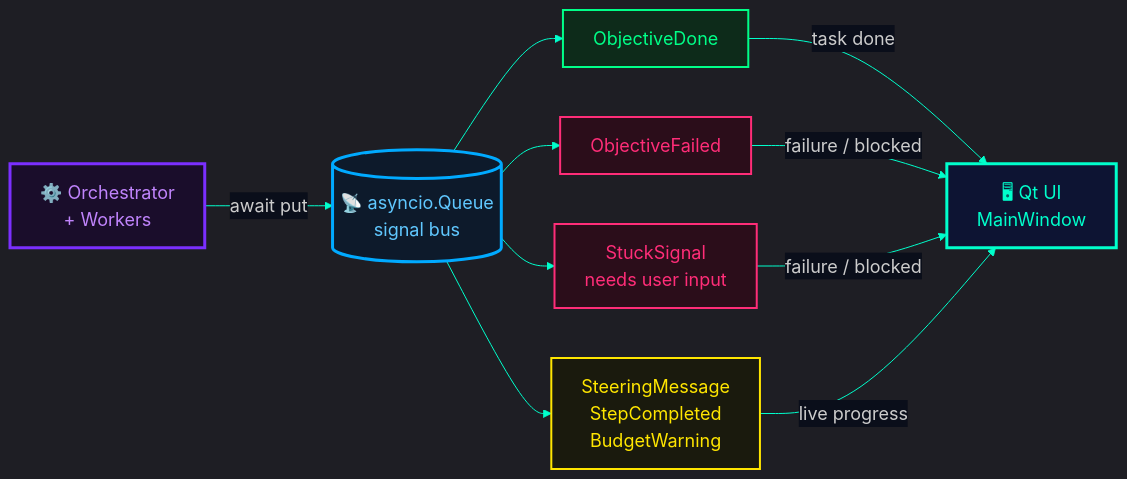
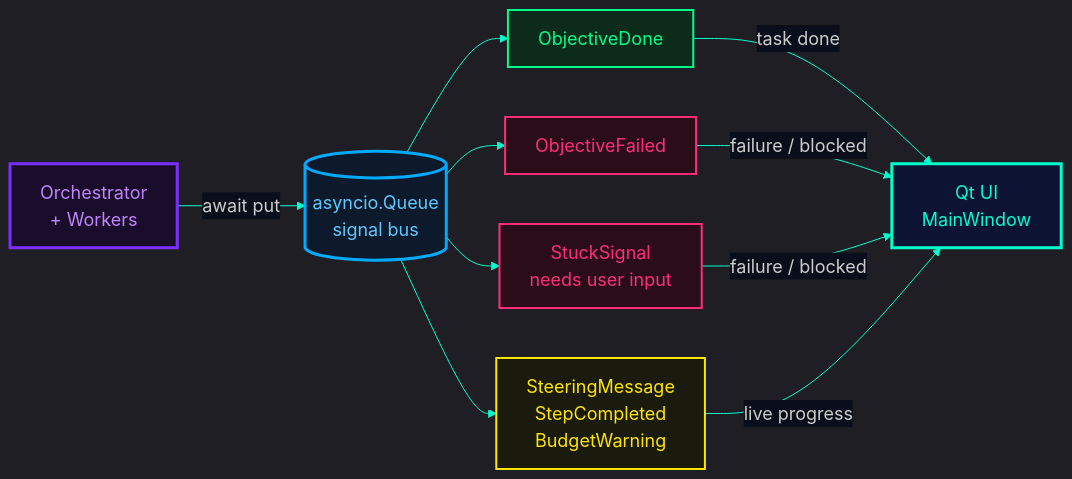
Before and after one commit to DurdeuVlad/trinity-pilot: the diagram in docs/diagrams/05-signal-architecture.mmd, drawn with Mermaid. The commit also changed 37 other files, not shown here.

```diff
--- a/docs/diagrams/05-signal-architecture.mmd
+++ b/docs/diagrams/05-signal-architecture.mmd
@@ -1,24 +1,25 @@
 %%{init: {'theme': 'dark', 'themeVariables': {'background': '#0a0e1a', 'primaryColor': '#0d1433', 'primaryBorderColor': '#00ffcc', 'primaryTextColor': '#e2e8f0', 'lineColor': '#00ffcc', 'edgeLabelBackground': '#0a0e1a', 'fontSize': '18px'}}}%%
 flowchart LR
-    classDef orch   fill:#1a0d2b,stroke:#7b2fff,stroke-width:3px,color:#c084fc
-    classDef bus    fill:#0d1a2b,stroke:#00aaff,stroke-width:3px,color:#60c8ff
-    classDef ok     fill:#0d2b1a,stroke:#00ff88,stroke-width:2px,color:#00ff88
-    classDef bad    fill:#2b0d1a,stroke:#ff2d78,stroke-width:2px,color:#ff2d78
-    classDef info   fill:#1a1a0d,stroke:#ffe600,stroke-width:2px,color:#ffe600
-    classDef ui     fill:#0d1433,stroke:#00ffcc,stroke-width:3px,color:#00ffcc
+ accTitle: Async Signal Bus  Orchestrator to Qt UI
+ classDef orch fill:#1a0d2b,stroke:#7b2fff,stroke-width:3px,color:#c084fc
+ classDef bus fill:#0d1a2b,stroke:#00aaff,stroke-width:3px,color:#60c8ff
+ classDef ok fill:#0d2b1a,stroke:#00ff88,stroke-width:2px,color:#00ff88
+ classDef bad fill:#2b0d1a,stroke:#ff2d78,stroke-width:2px,color:#ff2d78
+ classDef info fill:#1a1a0d,stroke:#ffe600,stroke-width:2px,color:#ffe600
+ classDef ui fill:#0d1433,stroke:#00ffcc,stroke-width:3px,color:#00ffcc
 
-    O["⚙️  Orchestrator\n+ Workers"]:::orch
-    Q[("📡  asyncio.Queue\nsignal bus")]:::bus
+ O["Orchestrator<br/>+ Workers"]:::orch
+ Q[("asyncio.Queue<br/>signal bus")]:::bus
 
-    S1["ObjectiveDone"]:::ok
-    S2["ObjectiveFailed"]:::bad
-    S3["StuckSignal\nneeds user input"]:::bad
-    S4["SteeringMessage\nStepCompleted\nBudgetWarning"]:::info
+ S1["ObjectiveDone"]:::ok
+ S2["ObjectiveFailed"]:::bad
+ S3["StuckSignal<br/>needs user input"]:::bad
+ S4["SteeringMessage<br/>StepCompleted<br/>BudgetWarning"]:::info
 
-    UI["🖥  Qt UI\nMainWindow"]:::ui
+ UI["Qt UI<br/>MainWindow"]:::ui
 
-    O -->|await put| Q
-    Q --> S1 & S2 & S3 & S4
-    S1 -->|task done| UI
-    S2 & S3 -->|failure / blocked| UI
-    S4 -->|live progress| UI
+ O -->|await put| Q
+ Q --> S1 & S2 & S3 & S4
+ S1 -->|task done| UI
+ S2 & S3 -->|failure / blocked| UI
+ S4 -->|live progress| UI
```
